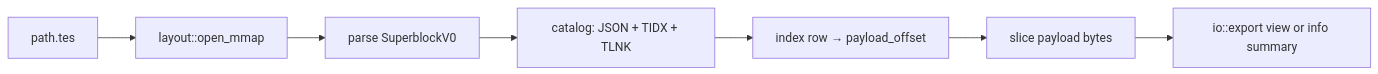
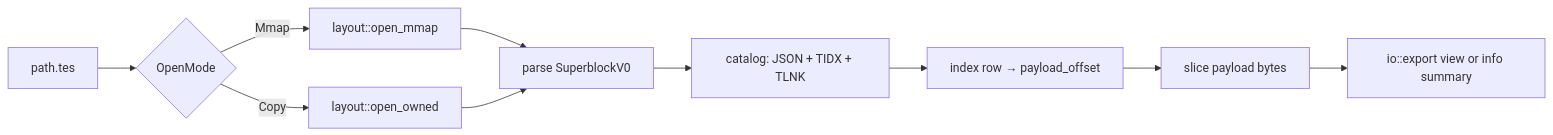
One commit to Latka-Industries/tessera changed the first of 2 diagrams in docs/engine.md. Above: the diagram before and after it, drawn with Mermaid. The commit also changed other lines of this file and 51 other files, not shown here.

````diff
--- a/docs/engine.md
+++ b/docs/engine.md
@@ -110,9 +110,12 @@
 ```mermaid
 flowchart LR
-    P["path.tes"] --> M["layout::open_mmap"]
-    M --> S["parse SuperblockV0"]
+    P["path.tes"] --> M{"OpenMode"}
+    M -->|Mmap| MM["layout::open_mmap"]
+    M -->|Copy| CP["layout::open_owned"]
+    MM --> S["parse SuperblockV0"]
+    CP --> S
     S --> C["catalog: JSON + TIDX + TLNK"]
     C --> I["index row → payload_offset"]
     I --> SL["slice payload bytes"]
     SL --> X["io::export view or info summary"]
 ```
````
